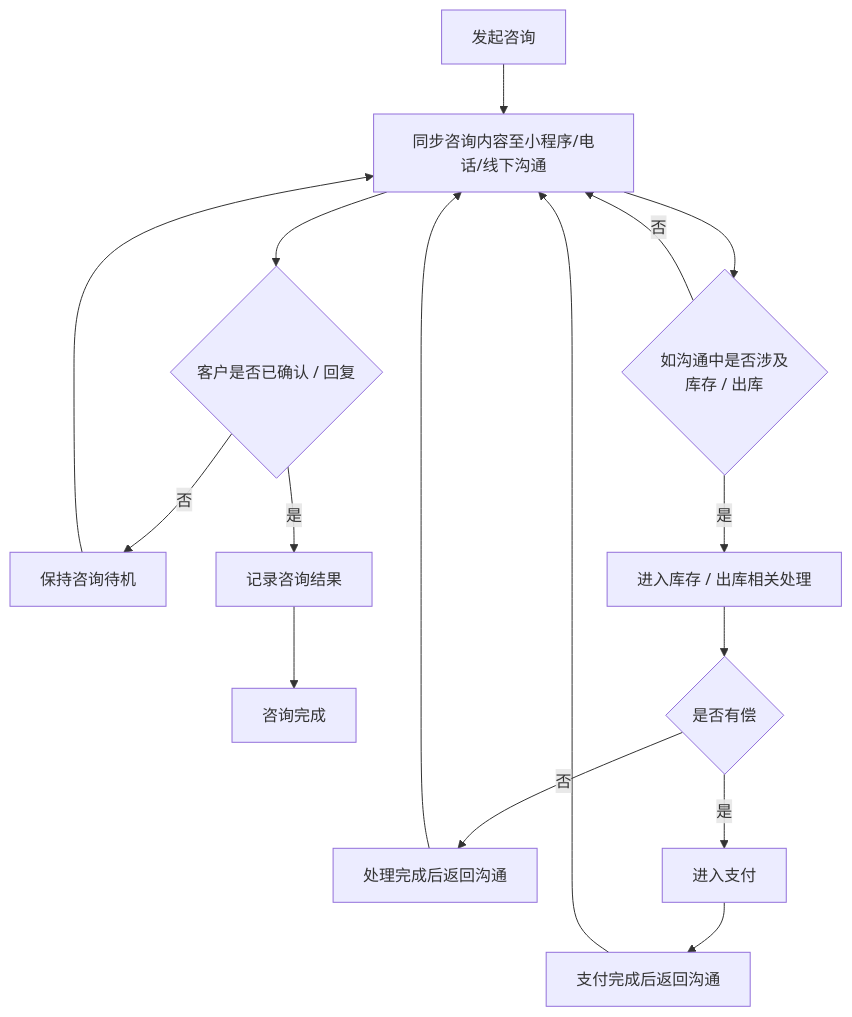
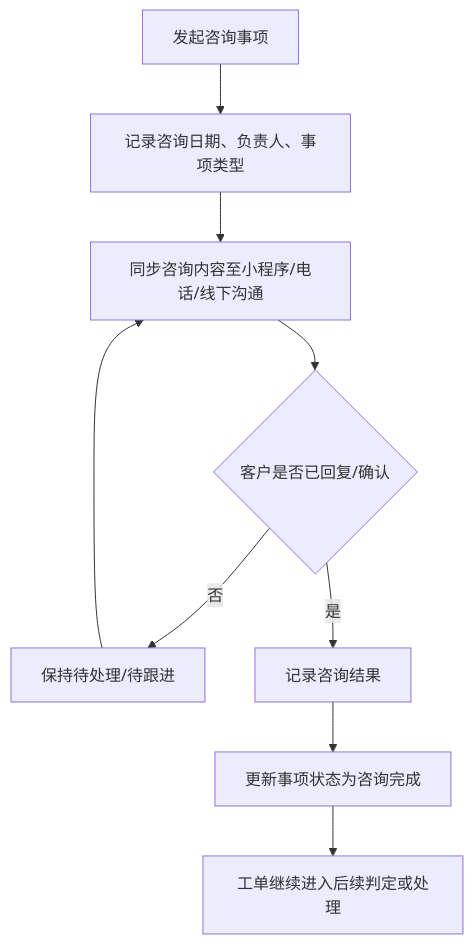
The fifth of 33 diagrams in 文档/GM系统需求说明.md (guguohai/gmps), drawn with Mermaid before and after one commit. The commit also changed other lines of this file and 2 other files, not shown here.

````diff
--- a/文档/GM系统需求说明.md
+++ b/文档/GM系统需求说明.md
@@ -334,24 +323,14 @@
 ```mermaid
 flowchart TD
 
-A[发起咨询] --> B[同步咨询内容至小程序/电话/线下沟通]
-B --> C{客户是否已确认 / 回复}
+A[发起咨询事项] --> B[记录咨询日期、负责人、事项类型]
+B --> C[同步咨询内容至小程序/电话/线下沟通]
 
-C -->|否| D[保持咨询待机]
-D --> B
+C --> D{客户是否已回复/确认}
+D -->|否| E[保持待处理/待跟进]
+E --> C
 
-C -->|是| E[记录咨询结果]
-E --> F[咨询完成]
-
-B --> G{如沟通中是否涉及<br>库存 / 出库}
-G -->|否| B
-G -->|是| H[进入库存 / 出库相关处理]
-
-H --> I{是否有偿}
-I -->|否| J[处理完成后返回沟通]
-I -->|是| K[进入支付]
-K --> L[支付完成后返回沟通]
-
-J --> B
-L --> B
+D -->|是| F[记录咨询结果]
+F --> G[更新事项状态为咨询完成]
+G --> H[工单继续进入后续判定或处理]
 ```
````
